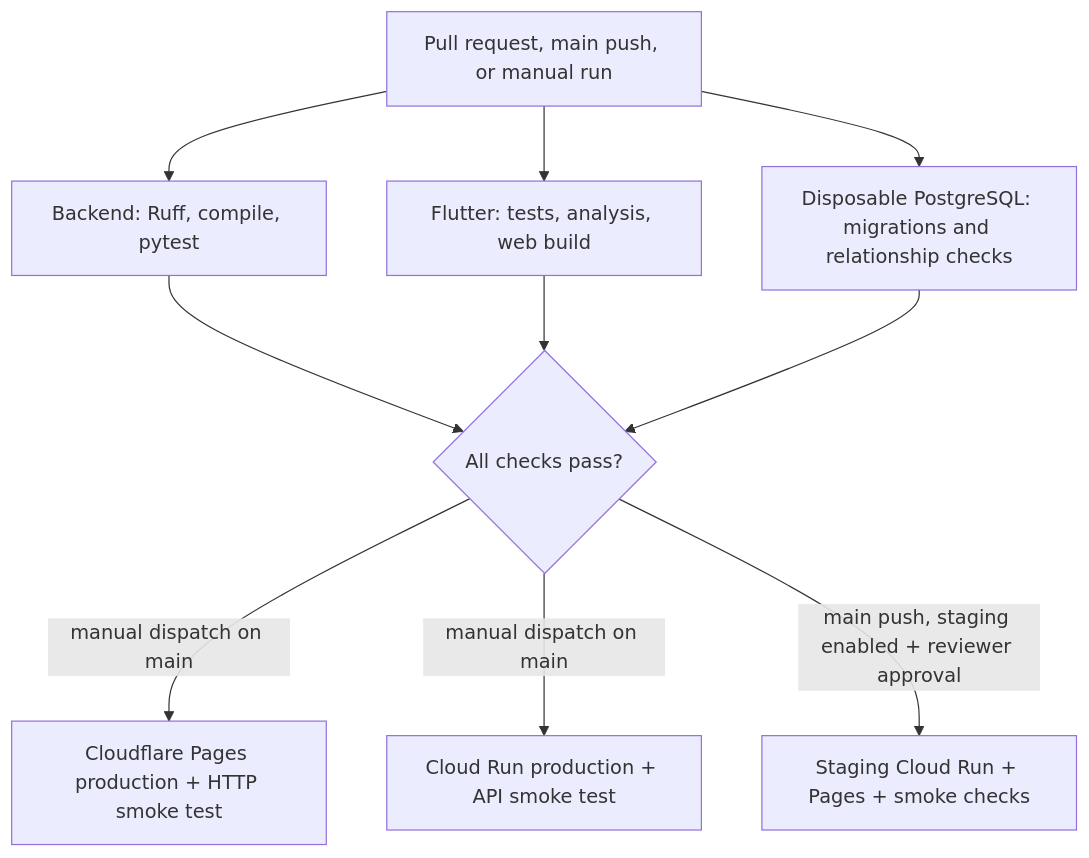
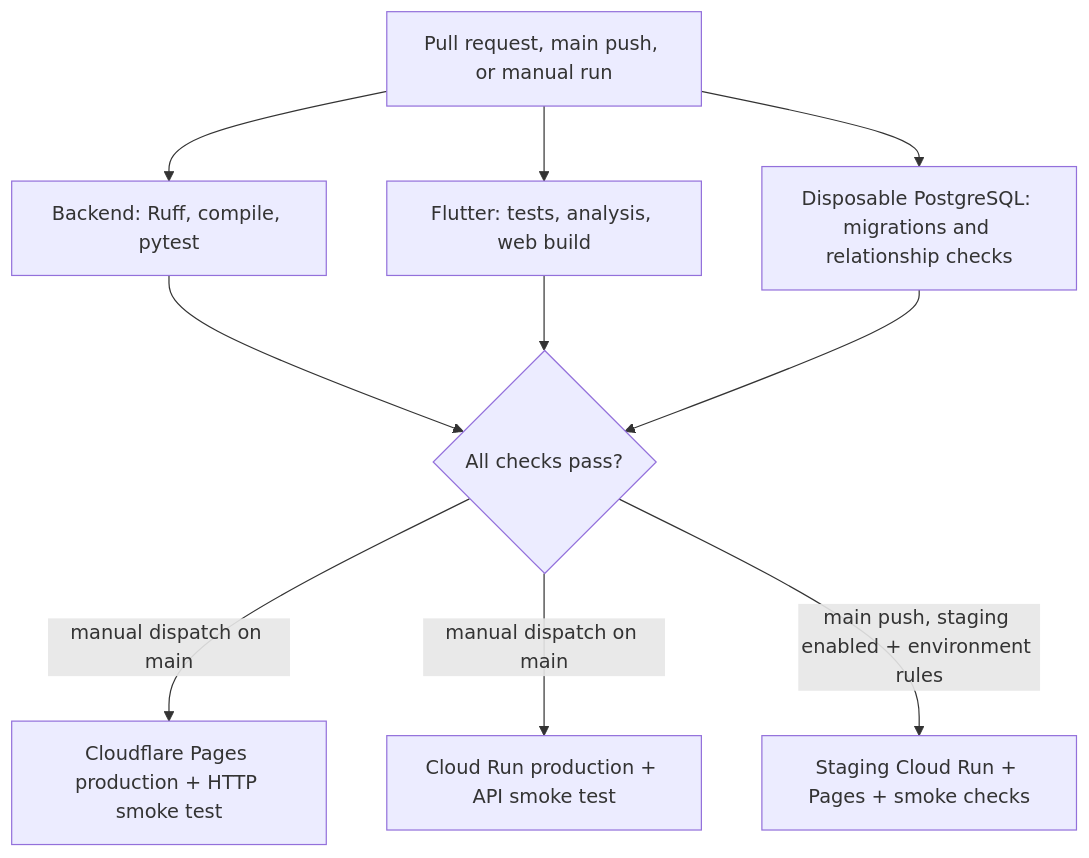
The diagram in PIPELINE.md (relax-mode/lagaw), drawn with Mermaid before and after one commit. The commit also changed other lines of this file and 6 other files, not shown here.

````diff
--- a/PIPELINE.md
+++ b/PIPELINE.md
@@ -7,12 +7,12 @@
 ```mermaid
 flowchart TD
   Trigger[Pull request, main push, or manual run] --> Backend[Backend: Ruff, compile, pytest]
   Trigger --> Frontend[Flutter: tests, analysis, web build]
   Trigger --> Database[Disposable PostgreSQL: migrations and relationship checks]
   Backend --> Gate{All checks pass?}
   Frontend --> Gate
   Database --> Gate
   Gate -->|manual dispatch on main| ProductionWeb[Cloudflare Pages production + HTTP smoke test]
   Gate -->|manual dispatch on main| ProductionAPI[Cloud Run production + API smoke test]
-  Gate -->|main push, staging enabled + reviewer approval| Staging[Staging Cloud Run + Pages + smoke checks]
+  Gate -->|main push, staging enabled + environment rules| Staging[Staging Cloud Run + Pages + smoke checks]
 ```
````
